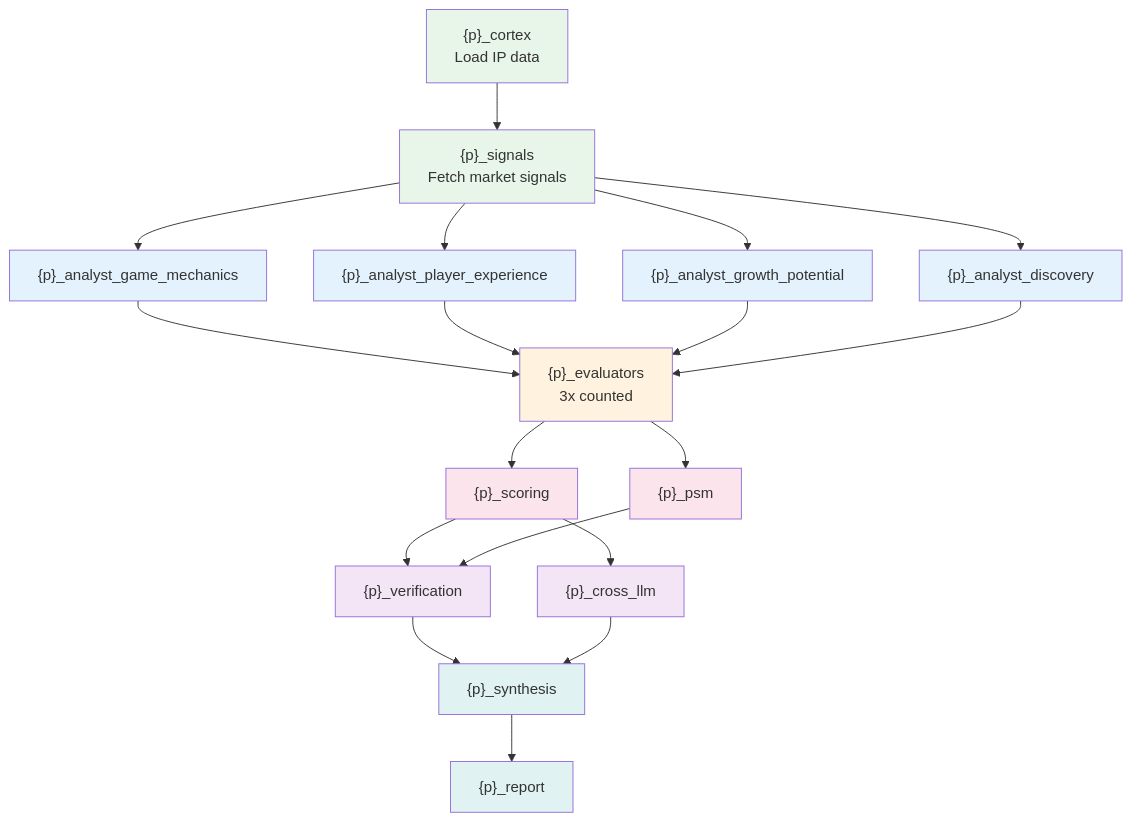
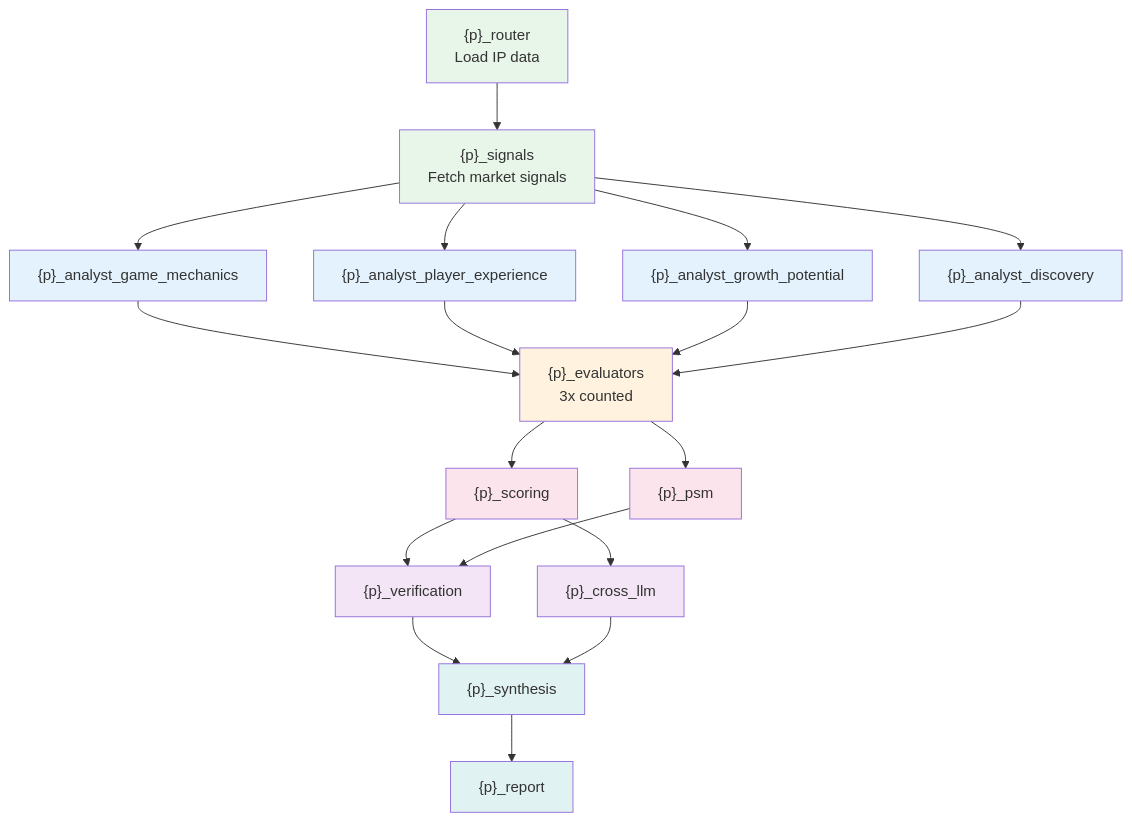
Before and after one commit to mangowhoiscloud/geode: the fourth of 12 diagrams in docs/architecture/orchestration-operation.md, drawn with Mermaid. The commit also changed other lines of this file and 4 other files, not shown here.

````diff
--- a/docs/architecture/orchestration-operation.md
+++ b/docs/architecture/orchestration-operation.md
@@ -206,48 +202,48 @@
 ```mermaid
 graph TD
-    cortex["{p}_cortex<br/>Load IP data"]
+    router["{p}_router<br/>Load IP data"]
     signals["{p}_signals<br/>Fetch market signals"]
     a_gm["{p}_analyst_game_mechanics"]
     a_pe["{p}_analyst_player_experience"]
     a_gp["{p}_analyst_growth_potential"]
     a_disc["{p}_analyst_discovery"]
     evals["{p}_evaluators<br/>3x counted"]
     scoring["{p}_scoring"]
     psm["{p}_psm"]
     verif["{p}_verification"]
     cross["{p}_cross_llm"]
     synth["{p}_synthesis"]
     report["{p}_report"]
 
-    cortex --> signals
+    router --> signals
     signals --> a_gm
     signals --> a_pe
     signals --> a_gp
     signals --> a_disc
     a_gm --> evals
     a_pe --> evals
     a_gp --> evals
     a_disc --> evals
     evals --> scoring
     evals --> psm
     scoring --> verif
     psm --> verif
     scoring --> cross
     verif --> synth
     cross --> synth
     synth --> report
 
-    style cortex fill:#e8f5e9
+    style router fill:#e8f5e9
     style signals fill:#e8f5e9
     style a_gm fill:#e3f2fd
     style a_pe fill:#e3f2fd
     style a_gp fill:#e3f2fd
     style a_disc fill:#e3f2fd
     style evals fill:#fff3e0
     style scoring fill:#fce4ec
     style psm fill:#fce4ec
     style verif fill:#f3e5f5
     style cross fill:#f3e5f5
     style synth fill:#e0f2f1
     style report fill:#e0f2f1
 ```
````
